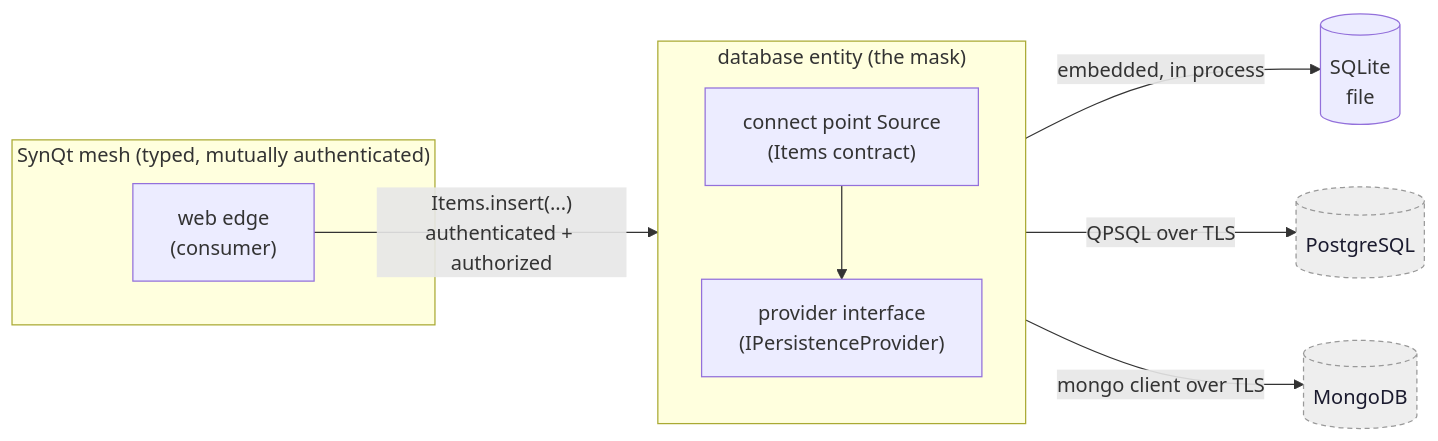
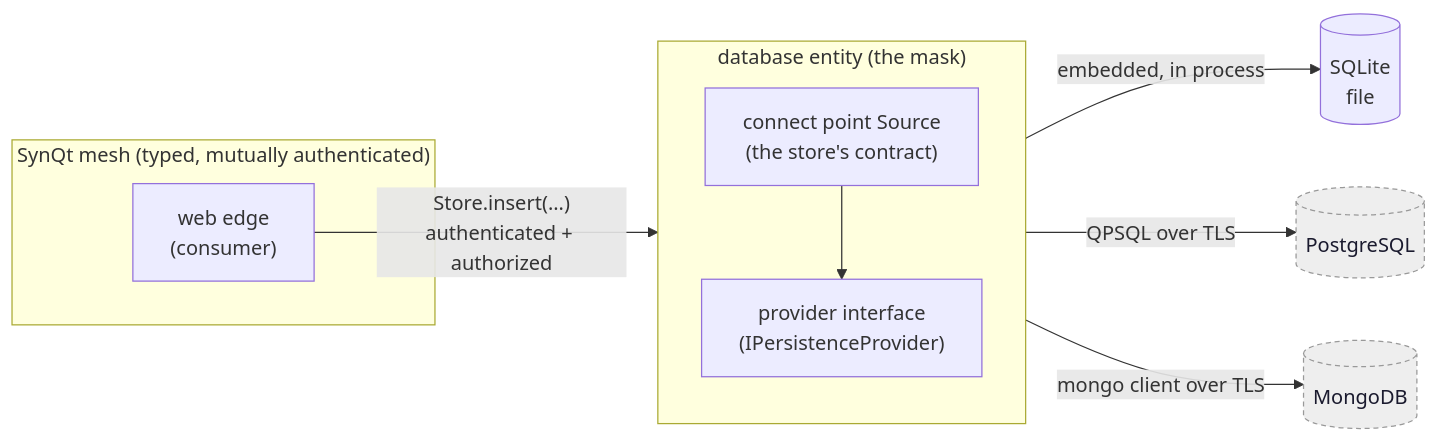
One commit to Kidev/SynQt changed the first of 3 diagrams in docs/providers.md. Above: the diagram before and after it, drawn with Mermaid. The commit also changed other lines of this file and 115 other files, not shown here.

Commit message:
Let the owner name its connect point, and drop the second name

````diff
--- a/docs/providers.md
+++ b/docs/providers.md
@@ -22,18 +22,18 @@
 ```mermaid
 flowchart LR
   subgraph mesh["SynQt mesh (typed, mutually authenticated)"]
     W["web edge<br/>(consumer)"]
   end
   subgraph ent["database entity (the mask)"]
     direction TB
-    CP["connect point Source<br/>(Items contract)"]
+    CP["connect point Source<br/>(the store's contract)"]
     PI["provider interface<br/>(IPersistenceProvider)"]
     CP --> PI
   end
-  W -->|"Items.insert(...)<br/>authenticated + authorized"| CP
+  W -->|"Store.insert(...)<br/>authenticated + authorized"| CP
   PI -->|"embedded, in process"| SQLITE[("SQLite<br/>file")]
   PI -->|"QPSQL over TLS"| PG[("<span style='color:#1a1a2e'>PostgreSQL</span>")]
   PI -->|"mongo client over TLS"| MG[("<span style='color:#1a1a2e'>MongoDB</span>")]
   classDef ext fill:#eee,stroke:#999,color:#1a1a2e,stroke-dasharray:4 3;
   class PG,MG ext;
 ```
````
